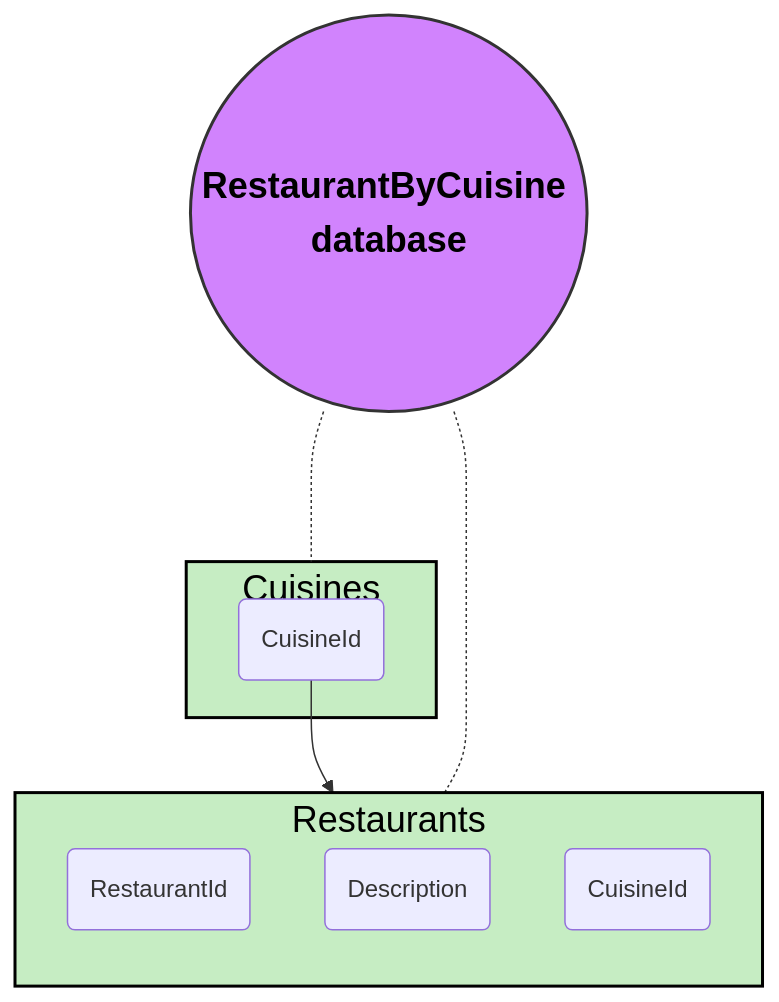
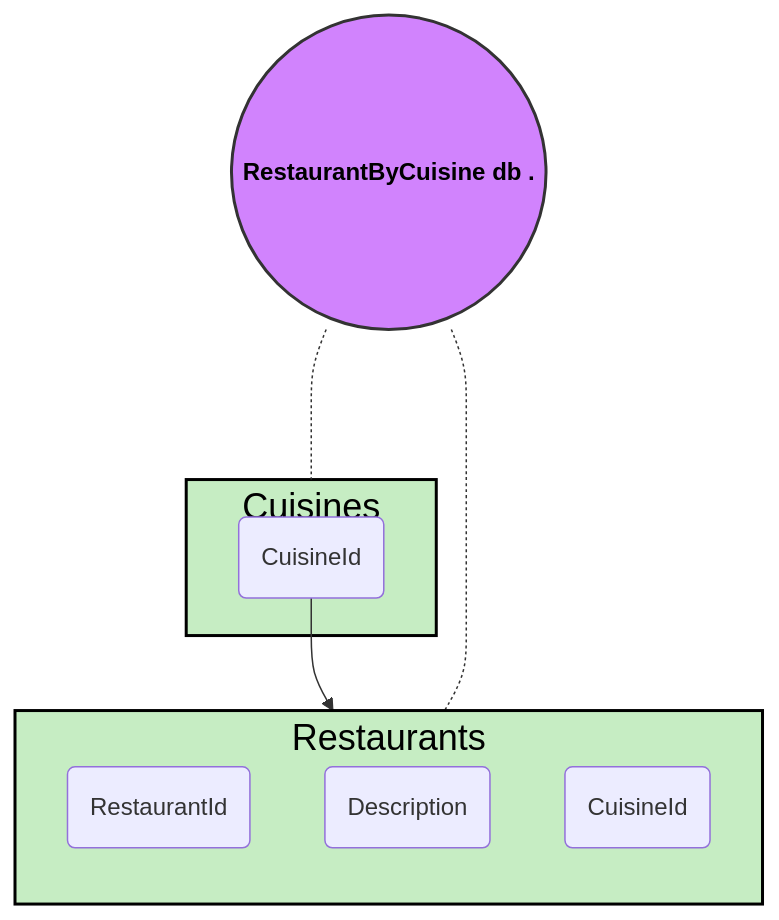
The diagram in appWorkflow.md (johnedisc/restaurantsByCuisine), drawn with Mermaid before and after one commit.

Commit message:
adjust sizes and colors on appWorkflow

````diff
--- a/appWorkflow.md
+++ b/appWorkflow.md
@@ -12,38 +12,38 @@
 ``` mermaid
 flowchart TB
 
-  DB((RestaurantByCuisine database))
+  DB((RestaurantByCuisine db           .     ))
 
   subgraph Cuisines
     r1("CuisineId")
   end
 
   subgraph Restaurants
       direction TB
       c1("RestaurantId")
       c2("Description")
       c3("CuisineId")
   end
 
   DB ..- Restaurants
   DB ..- Cuisines
   r1 --> c3
 
  %% Class Colors %%
   Cuisines:::tropical
   Restaurants:::tropical
   DB:::purple
 
   %% Colors %%
 
   classDef tropical fill:#C6EDC3,stroke:#000,stroke-width:2px,font-size:1.5rem,color:black
   classDef blue fill:#131761,stroke:#000,stroke-width:2px,font-size:1.5rem,color:#fff
   classDef orange fill:#ECA762,stroke:#000,stroke-width:2px,color:black,font-size:1.5rem
   classDef red fill:#FF303B,stroke:#000,stroke-width:2px,color:#fff
   classDef green fill:#027F55,stroke:#000,stroke-width:2px,color:#fff
   classDef pink fill:#E17A9B,stroke:#333,stroke-width:5px,font-size:1rem,font-weight:700,color:black
   classDef forestGreen fill:#027F55,stroke:#333,stroke-width:2px,font-size:3rem,font-weight:700
   classDef yellow fill:#FDF046,stroke:#333,stroke-width:2px,font-size:1.5rem,font-weight:700,color:black
-  classDef purple fill:#D183FD,stroke:#333,stroke-width:2px,font-size:1.5rem,font-weight:700,color:black
+  classDef purple fill:#D183FD,stroke:#333,stroke-width:2px,font-size:1rem,font-weight:600,color:black
 
 ```
````
